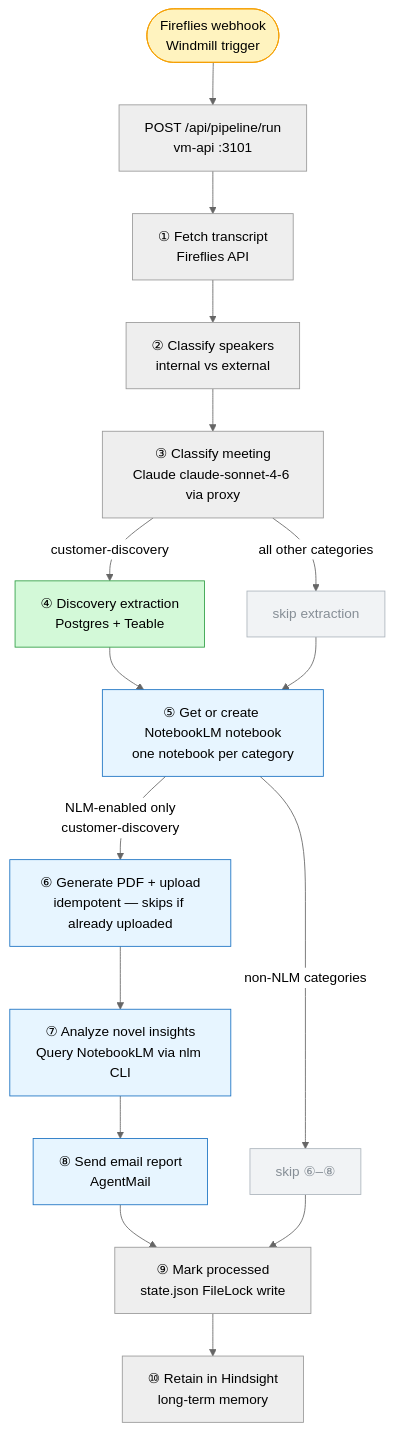
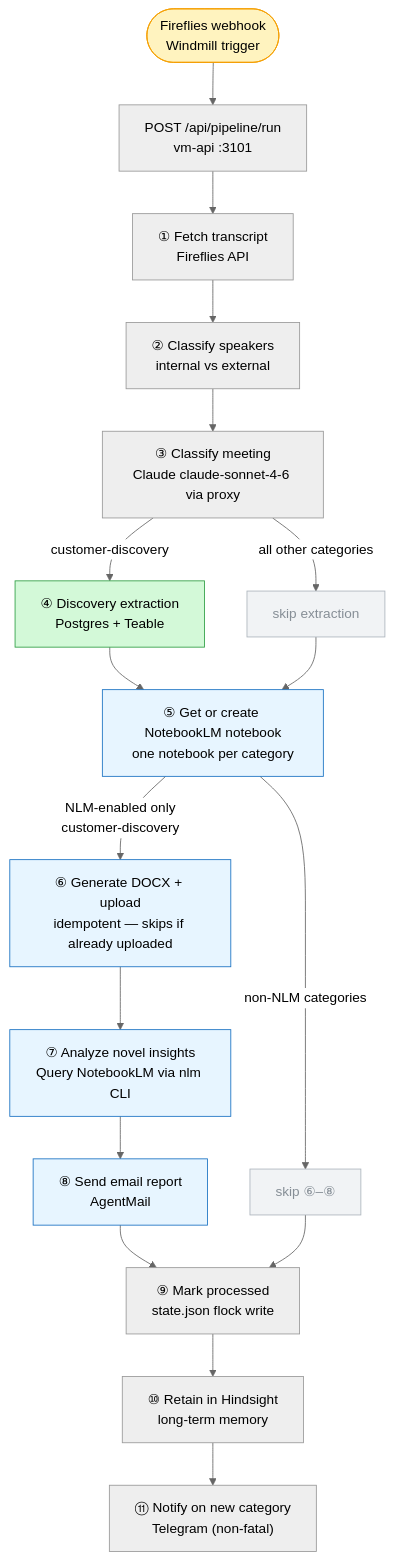
Before and after one commit to elmanGSB/automations: the diagram in vm-api/README.md, drawn with Mermaid (neutral theme). The commit also changed other lines of this file and 10 other files, not shown here.

````diff
--- a/vm-api/README.md
+++ b/vm-api/README.md
@@ -9,37 +9,38 @@
 ```mermaid
 flowchart TD
     A([Fireflies webhook\nWindmill trigger]) --> B
 
     B[POST /api/pipeline/run\nvm-api :3101]
 
     B --> S1[① Fetch transcript\nFireflies API]
     S1 --> S2[② Classify speakers\ninternal vs external]
     S2 --> S3["③ Classify meeting\nClaude claude-sonnet-4-6 via proxy"]
 
     S3 -->|customer-discovery| S4["④ Discovery extraction\nPostgres + Teable"]
     S3 -->|all other categories| S4skip[skip extraction]
 
     S4 --> S5
     S4skip --> S5
 
     S5["⑤ Get or create NotebookLM notebook\none notebook per category"]
 
-    S5 -->|NLM-enabled only\ncustomer-discovery| S6["⑥ Generate PDF + upload\nidempotent — skips if already uploaded"]
+    S5 -->|NLM-enabled only\ncustomer-discovery| S6["⑥ Generate DOCX + upload\nidempotent — skips if already uploaded"]
     S5 -->|non-NLM categories| done[skip ⑥–⑧]
 
     S6 --> S7["⑦ Analyze novel insights\nQuery NotebookLM via nlm CLI"]
     S7 --> S8["⑧ Send email report\nAgentMail"]
 
-    S8 --> S9["⑨ Mark processed\nstate.json FileLock write"]
+    S8 --> S9["⑨ Mark processed\nstate.json flock write"]
     done --> S9
     S9 --> S10["⑩ Retain in Hindsight\nlong-term memory"]
+    S10 --> S11["⑪ Notify on new category\nTelegram (non-fatal)"]
 
     style A fill:#fff3bf,stroke:#f59f00
     style S4 fill:#d3f9d8,stroke:#2f9e44
     style S4skip fill:#f1f3f5,stroke:#adb5bd,color:#868e96
     style done fill:#f1f3f5,stroke:#adb5bd,color:#868e96
     style S5 fill:#e7f5ff,stroke:#1971c2
     style S6 fill:#e7f5ff,stroke:#1971c2
     style S7 fill:#e7f5ff,stroke:#1971c2
     style S8 fill:#e7f5ff,stroke:#1971c2
 ```
````
